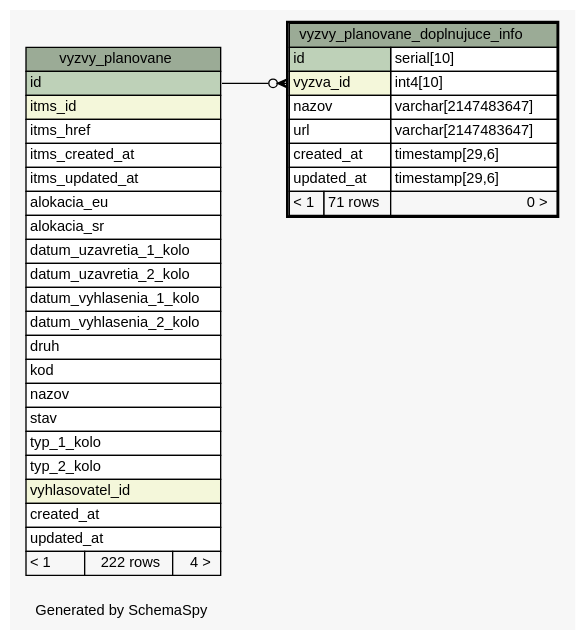
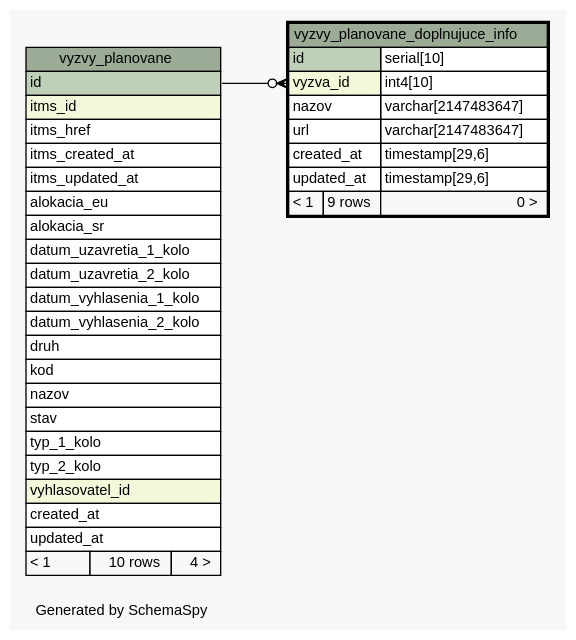
One commit to eronisko/itms_schema changed the diagram in diagrams/vyzvy_planovane_doplnujuce_info.1degree.dot. Above: the diagram before and after it, drawn with Graphviz. The commit also changed 473 other files, not shown here.

Commit message:
Reload schema data

```diff
--- a/diagrams/vyzvy_planovane_doplnujuce_info.1degree.dot
+++ b/diagrams/vyzvy_planovane_doplnujuce_info.1degree.dot
@@ -1,67 +1,67 @@
 // dot 2.38.0 on Linux 4.10.0-38-generic
 // SchemaSpy rev 590
 digraph "oneDegreeRelationshipsDiagram" {
   graph [
     rankdir="RL"
     bgcolor="#f7f7f7"
     label="\nGenerated by SchemaSpy"
     labeljust="l"
     nodesep="0.18"
     ranksep="0.46"
     fontname="Helvetica"
     fontsize="11"
   ];
   node [
     fontname="Helvetica"
     fontsize="11"
     shape="plaintext"
   ];
   edge [
     arrowsize="0.8"
   ];
   "vyzvy_planovane_doplnujuce_info":"vyzva_id":w -> "vyzvy_planovane":"id":e [arrowhead=none dir=back arrowtail=crowodot];
   "vyzvy_planovane" [
     label=<
     <TABLE BORDER="0" CELLBORDER="1" CELLSPACING="0" BGCOLOR="#ffffff">
       <TR><TD COLSPAN="3" BGCOLOR="#9bab96" ALIGN="CENTER">vyzvy_planovane</TD></TR>
       <TR><TD PORT="id" COLSPAN="3" BGCOLOR="#bed1b8" ALIGN="LEFT">id</TD></TR>
       <TR><TD PORT="itms_id" COLSPAN="3" BGCOLOR="#f4f7da" ALIGN="LEFT">itms_id</TD></TR>
       <TR><TD PORT="itms_href" COLSPAN="3" ALIGN="LEFT">itms_href</TD></TR>
       <TR><TD PORT="itms_created_at" COLSPAN="3" ALIGN="LEFT">itms_created_at</TD></TR>
       <TR><TD PORT="itms_updated_at" COLSPAN="3" ALIGN="LEFT">itms_updated_at</TD></TR>
       <TR><TD PORT="alokacia_eu" COLSPAN="3" ALIGN="LEFT">alokacia_eu</TD></TR>
       <TR><TD PORT="alokacia_sr" COLSPAN="3" ALIGN="LEFT">alokacia_sr</TD></TR>
       <TR><TD PORT="datum_uzavretia_1_kolo" COLSPAN="3" ALIGN="LEFT">datum_uzavretia_1_kolo</TD></TR>
       <TR><TD PORT="datum_uzavretia_2_kolo" COLSPAN="3" ALIGN="LEFT">datum_uzavretia_2_kolo</TD></TR>
       <TR><TD PORT="datum_vyhlasenia_1_kolo" COLSPAN="3" ALIGN="LEFT">datum_vyhlasenia_1_kolo</TD></TR>
       <TR><TD PORT="datum_vyhlasenia_2_kolo" COLSPAN="3" ALIGN="LEFT">datum_vyhlasenia_2_kolo</TD></TR>
       <TR><TD PORT="druh" COLSPAN="3" ALIGN="LEFT">druh</TD></TR>
       <TR><TD PORT="kod" COLSPAN="3" ALIGN="LEFT">kod</TD></TR>
       <TR><TD PORT="nazov" COLSPAN="3" ALIGN="LEFT">nazov</TD></TR>
       <TR><TD PORT="stav" COLSPAN="3" ALIGN="LEFT">stav</TD></TR>
       <TR><TD PORT="typ_1_kolo" COLSPAN="3" ALIGN="LEFT">typ_1_kolo</TD></TR>
       <TR><TD PORT="typ_2_kolo" COLSPAN="3" ALIGN="LEFT">typ_2_kolo</TD></TR>
       <TR><TD PORT="vyhlasovatel_id" COLSPAN="3" BGCOLOR="#f4f7da" ALIGN="LEFT">vyhlasovatel_id</TD></TR>
       <TR><TD PORT="created_at" COLSPAN="3" ALIGN="LEFT">created_at</TD></TR>
       <TR><TD PORT="updated_at" COLSPAN="3" ALIGN="LEFT">updated_at</TD></TR>
-      <TR><TD ALIGN="LEFT" BGCOLOR="#f7f7f7">&lt; 1</TD><TD ALIGN="RIGHT" BGCOLOR="#f7f7f7">222 rows</TD><TD ALIGN="RIGHT" BGCOLOR="#f7f7f7">4 &gt;</TD></TR>
+      <TR><TD ALIGN="LEFT" BGCOLOR="#f7f7f7">&lt; 1</TD><TD ALIGN="RIGHT" BGCOLOR="#f7f7f7">10 rows</TD><TD ALIGN="RIGHT" BGCOLOR="#f7f7f7">4 &gt;</TD></TR>
     </TABLE>>
     URL="vyzvy_planovane.html"
     tooltip="vyzvy_planovane"
   ];
   "vyzvy_planovane_doplnujuce_info" [
     label=<
     <TABLE BORDER="2" CELLBORDER="1" CELLSPACING="0" BGCOLOR="#ffffff">
       <TR><TD COLSPAN="3" BGCOLOR="#9bab96" ALIGN="CENTER">vyzvy_planovane_doplnujuce_info</TD></TR>
       <TR><TD PORT="id" COLSPAN="2" BGCOLOR="#bed1b8" ALIGN="LEFT">id</TD><TD PORT="id.type" ALIGN="LEFT">serial[10]</TD></TR>
       <TR><TD PORT="vyzva_id" COLSPAN="2" BGCOLOR="#f4f7da" ALIGN="LEFT">vyzva_id</TD><TD PORT="vyzva_id.type" ALIGN="LEFT">int4[10]</TD></TR>
       <TR><TD PORT="nazov" COLSPAN="2" ALIGN="LEFT">nazov</TD><TD PORT="nazov.type" ALIGN="LEFT">varchar[2147483647]</TD></TR>
       <TR><TD PORT="url" COLSPAN="2" ALIGN="LEFT">url</TD><TD PORT="url.type" ALIGN="LEFT">varchar[2147483647]</TD></TR>
       <TR><TD PORT="created_at" COLSPAN="2" ALIGN="LEFT">created_at</TD><TD PORT="created_at.type" ALIGN="LEFT">timestamp[29,6]</TD></TR>
       <TR><TD PORT="updated_at" COLSPAN="2" ALIGN="LEFT">updated_at</TD><TD PORT="updated_at.type" ALIGN="LEFT">timestamp[29,6]</TD></TR>
-      <TR><TD ALIGN="LEFT" BGCOLOR="#f7f7f7">&lt; 1</TD><TD ALIGN="RIGHT" BGCOLOR="#f7f7f7">71 rows</TD><TD ALIGN="RIGHT" BGCOLOR="#f7f7f7">0 &gt;</TD></TR>
+      <TR><TD ALIGN="LEFT" BGCOLOR="#f7f7f7">&lt; 1</TD><TD ALIGN="RIGHT" BGCOLOR="#f7f7f7">9 rows</TD><TD ALIGN="RIGHT" BGCOLOR="#f7f7f7">0 &gt;</TD></TR>
     </TABLE>>
     URL="vyzvy_planovane_doplnujuce_info.html"
     tooltip="vyzvy_planovane_doplnujuce_info"
   ];
 }
```
